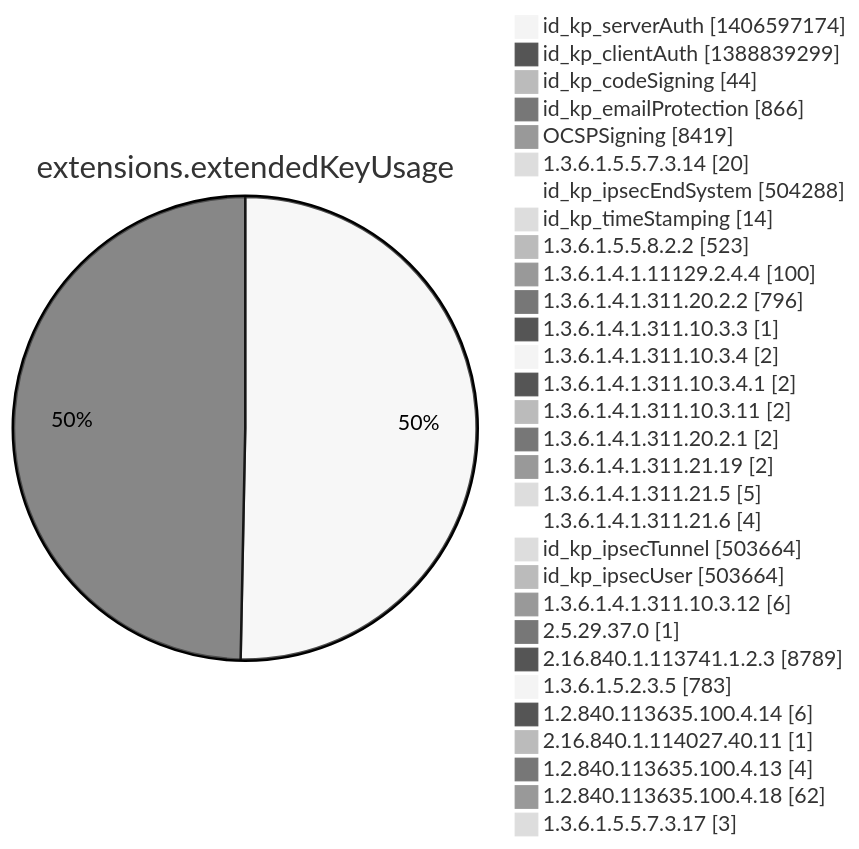
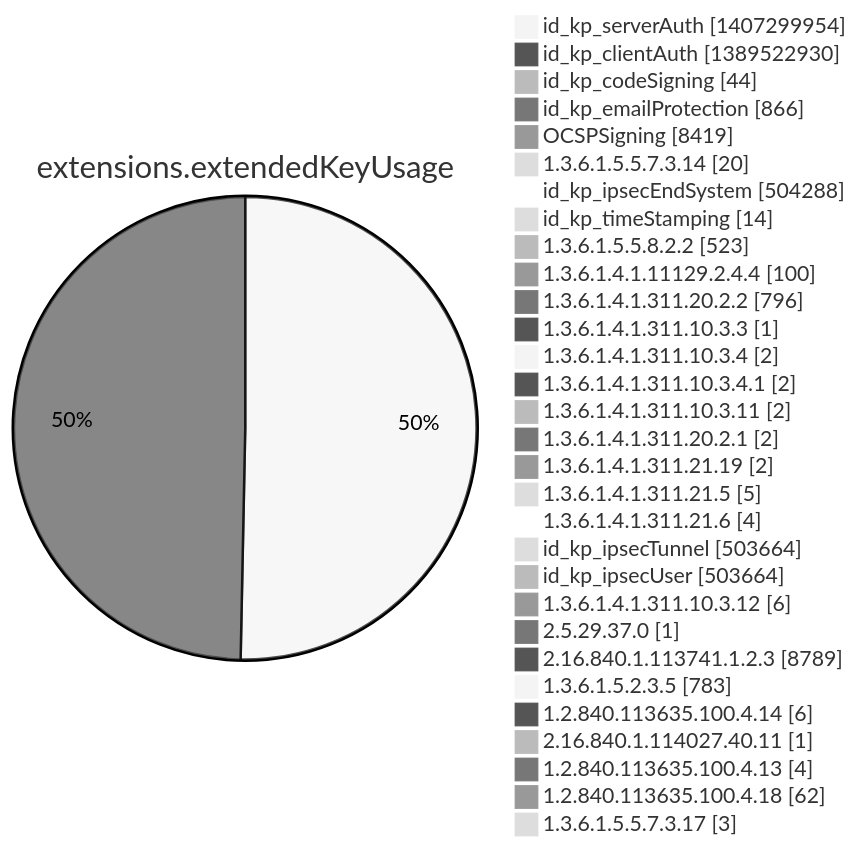
Before and after one commit to christiankrug/ctmonitor_visualization: diagram 12 of 15 in argon2022/README.md, drawn with Mermaid (neutral theme). The commit also changed other lines of this file, not shown here.

````diff
--- a/argon2022/README.md
+++ b/argon2022/README.md
@@ -3554,34 +3554,34 @@
 ```mermaid
 pie showData
 title extensions.extendedKeyUsage
-"id_kp_serverAuth" :1406597174
-"id_kp_clientAuth" :1388839299
+"id_kp_serverAuth" :1407299954
+"id_kp_clientAuth" :1389522930
 "id_kp_codeSigning" :44
 "id_kp_emailProtection" :866
 "OCSPSigning" :8419
 "1.3.6.1.5.5.7.3.14" :20
 "id_kp_ipsecEndSystem" :504288
 "id_kp_timeStamping" :14
 "1.3.6.1.5.5.8.2.2" :523
 "1.3.6.1.4.1.11129.2.4.4" :100
 "1.3.6.1.4.1.311.20.2.2" :796
 "1.3.6.1.4.1.311.10.3.3" :1
 "1.3.6.1.4.1.311.10.3.4" :2
 "1.3.6.1.4.1.311.10.3.4.1" :2
 "1.3.6.1.4.1.311.10.3.11" :2
 "1.3.6.1.4.1.311.20.2.1" :2
 "1.3.6.1.4.1.311.21.19" :2
 "1.3.6.1.4.1.311.21.5" :5
 "1.3.6.1.4.1.311.21.6" :4
 "id_kp_ipsecTunnel" :503664
 "id_kp_ipsecUser" :503664
 "1.3.6.1.4.1.311.10.3.12" :6
 "2.5.29.37.0" :1
 "2.16.840.1.113741.1.2.3" :8789
 "1.3.6.1.5.2.3.5" :783
 "1.2.840.113635.100.4.14" :6
 "2.16.840.1.114027.40.11" :1
 "1.2.840.113635.100.4.13" :4
 "1.2.840.113635.100.4.18" :62
 "1.3.6.1.5.5.7.3.17" :3
 ```
````
